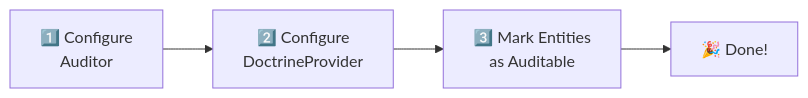
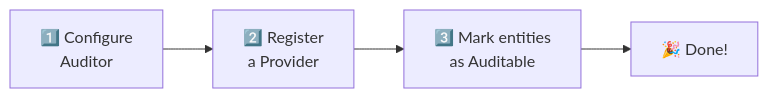
One commit to DamienHarper/auditor changed the diagram in docs/getting-started/quick-start.md. Above: the diagram before and after it, drawn with Mermaid. The commit also changed other lines of this file and 55 other files, not shown here.

First line of the commit message:
Decouple Doctrine from core and deprecate built-in DoctrineProvider  (#306)

````diff
--- a/docs/getting-started/quick-start.md
+++ b/docs/getting-started/quick-start.md
@@ -11,6 +8,6 @@
 ```mermaid
 flowchart LR
-    A["1️⃣ Configure<br>Auditor"] --> B["2️⃣ Configure<br>DoctrineProvider"]
-    B --> C["3️⃣ Mark Entities<br>as Auditable"]
+    A["1️⃣ Configure<br/>Auditor"] --> B["2️⃣ Register<br/>a Provider"]
+    B --> C["3️⃣ Mark entities<br/>as Auditable"]
     C --> D["🎉 Done!"]
 ```
````
